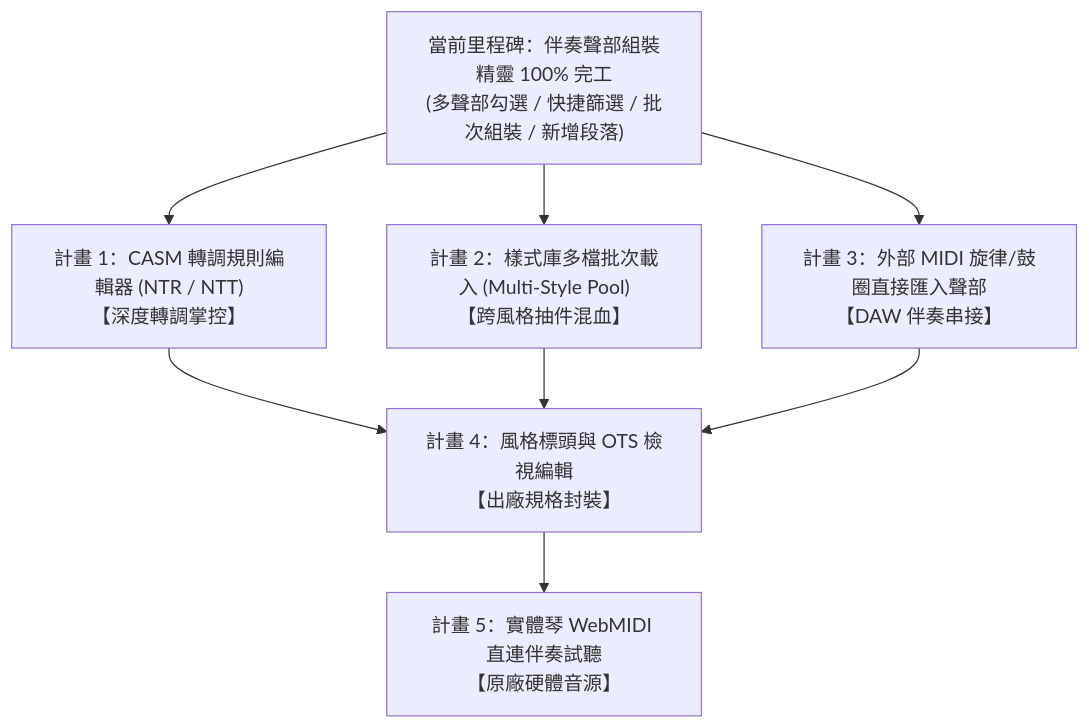
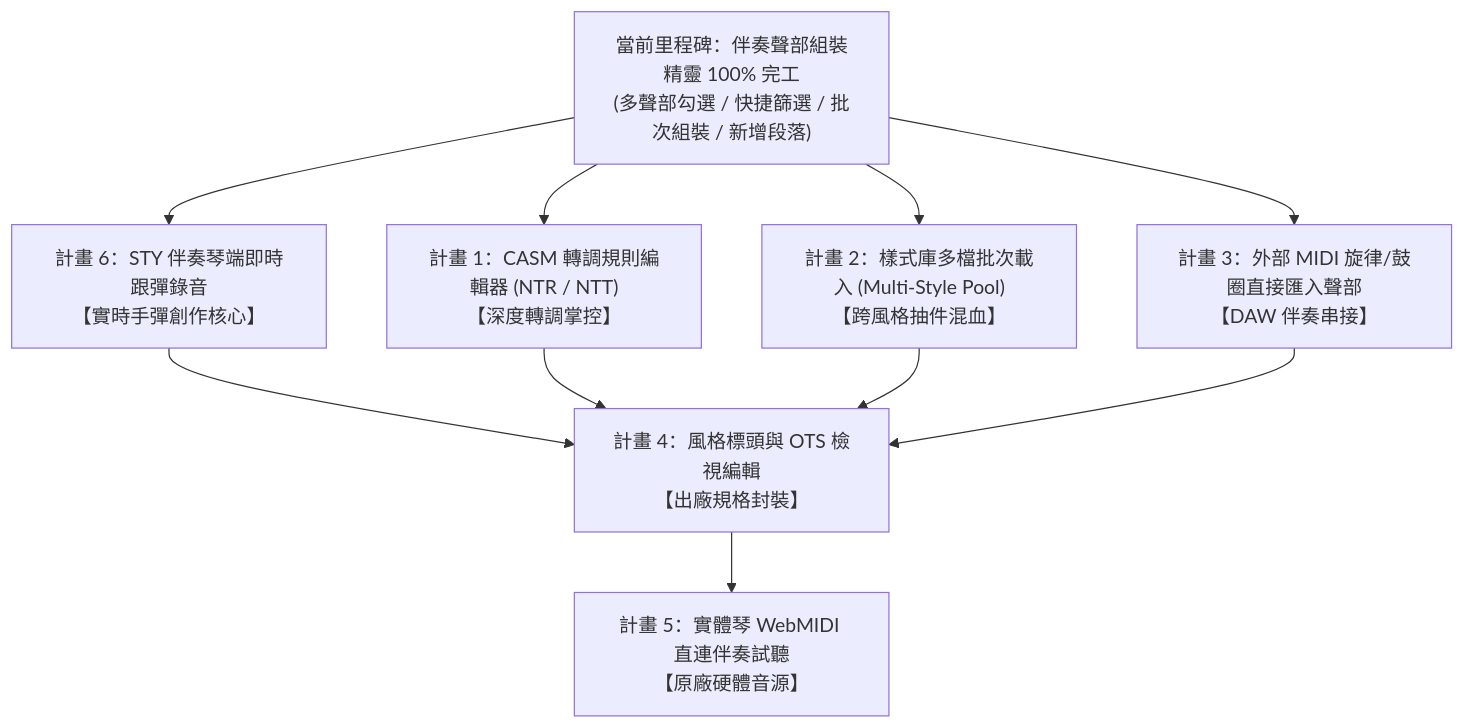
The diagram in PENDING_EXECUTION_PLANS.md (CMChen59/Yamaha-Midi-Edit), drawn with Mermaid before and after one commit. The commit also changed other lines of this file and 1 other file, not shown here.

Commit message:
docs(plans): add Plan 6 STY Live Metronome Overdub Recorder to pending execution plans

````diff
--- a/PENDING_EXECUTION_PLANS.md
+++ b/PENDING_EXECUTION_PLANS.md
@@ -108,18 +130,21 @@
 ```mermaid
 flowchart TD
     Current["當前里程碑：伴奏聲部組裝精靈 100% 完工\n(多聲部勾選 / 快捷篩選 / 批次組裝 / 新增段落)"]
 
     P1["計畫 1：CASM 轉調規則編輯器 (NTR / NTT)\n【深度轉調掌控】"]
     P2["計畫 2：樣式庫多檔批次載入 (Multi-Style Pool)\n【跨風格抽件混血】"]
     P3["計畫 3：外部 MIDI 旋律/鼓圈直接匯入聲部\n【DAW 伴奏串接】"]
     P4["計畫 4：風格標頭與 OTS 檢視編輯\n【出廠規格封裝】"]
     P5["計畫 5：實體琴 WebMIDI 直連伴奏試聽\n【原廠硬體音源】"]
+    P6["計畫 6：STY 伴奏琴端即時跟彈錄音\n【實時手彈創作核心】"]
 
+    Current --> P6
     Current --> P1
     Current --> P2
     Current --> P3
+    P6 --> P4
     P1 --> P4
     P2 --> P4
     P3 --> P4
     P4 --> P5
 ```
````
